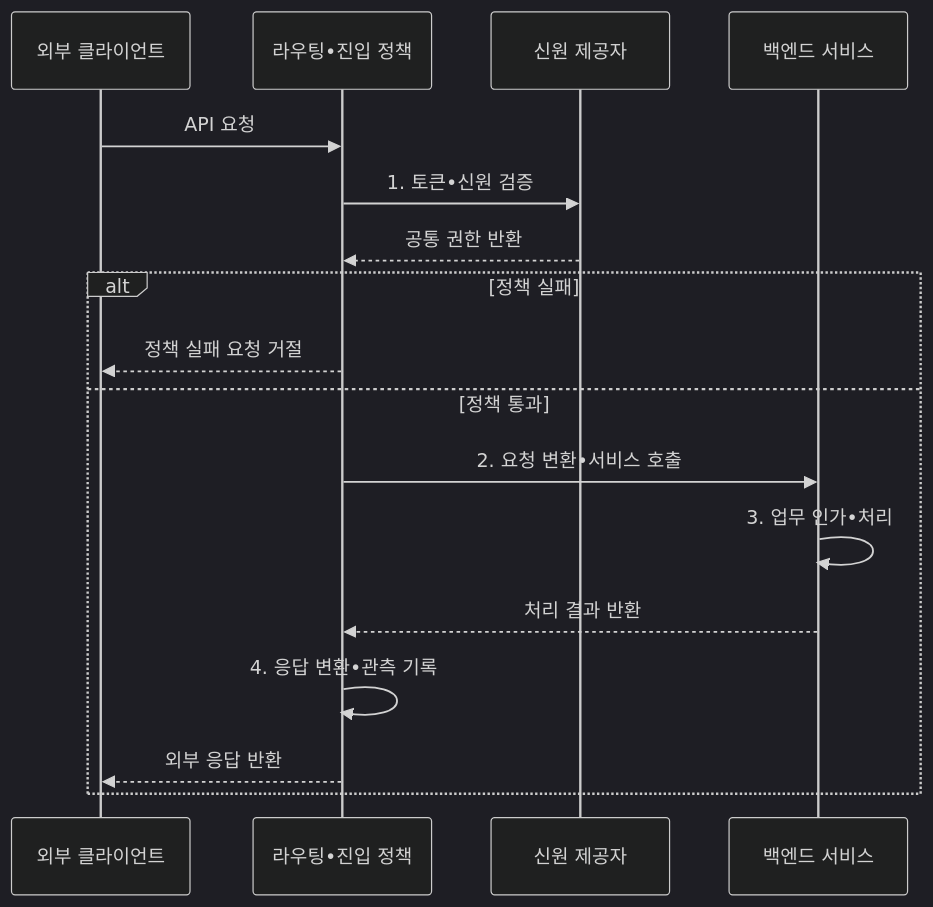
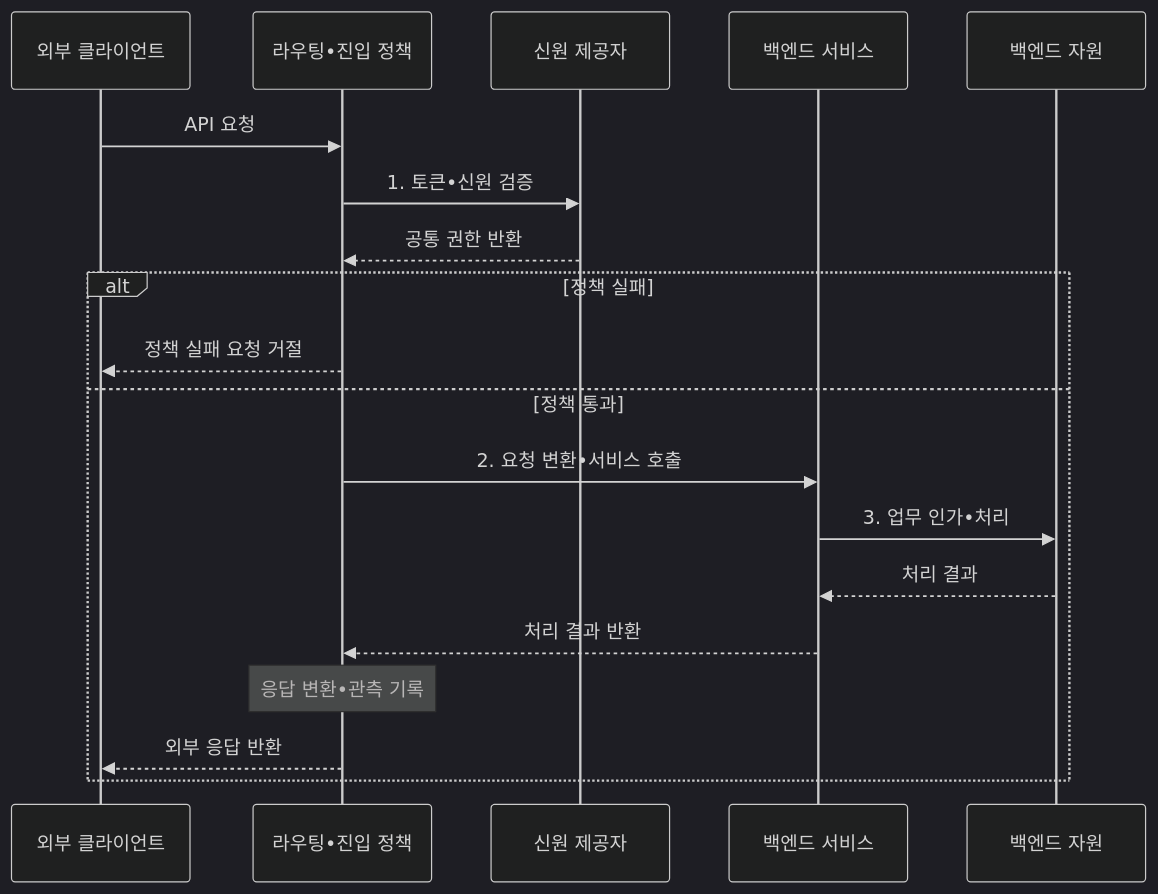
The second of 2 diagrams in src/content/docs/notes/03-software/040_api_gateway.md (agnusdei1207/knowledge-base), drawn with Mermaid (dark theme) before and after one commit. The commit also changed other lines of this file and 9 other files, not shown here.

````diff
--- a/src/content/docs/notes/03-software/040_api_gateway.md
+++ b/src/content/docs/notes/03-software/040_api_gateway.md
@@ -112,19 +112,21 @@
 ```mermaid
 sequenceDiagram
     participant C as 외부 클라이언트
     participant G as 라우팅•진입 정책
     participant I as 신원 제공자
     participant S as 백엔드 서비스
+    participant R as 백엔드 자원
     C->>G: API 요청
     G->>I: 1. 토큰•신원 검증
     I-->>G: 공통 권한 반환
     alt 정책 실패
         G-->>C: 정책 실패 요청 거절
     else 정책 통과
         G->>S: 2. 요청 변환•서비스 호출
-        S->>S: 3. 업무 인가•처리
+        S->>R: 3. 업무 인가•처리
+        R-->>S: 처리 결과
         S-->>G: 처리 결과 반환
-        G->>G: 4. 응답 변환•관측 기록
+        Note over G: 응답 변환•관측 기록
         G-->>C: 외부 응답 반환
     end
 ```
````
